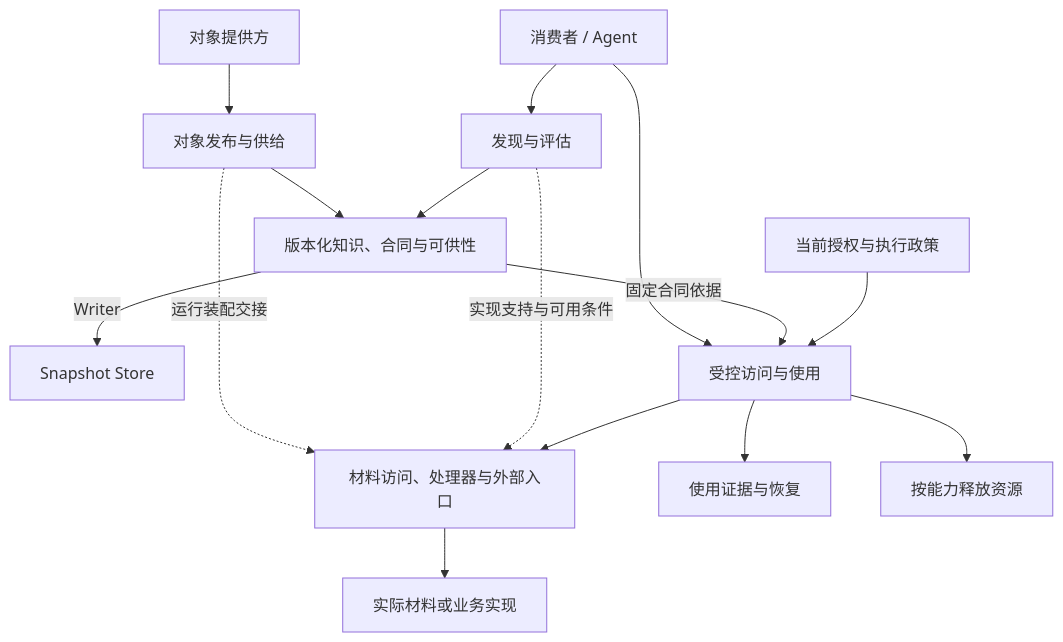
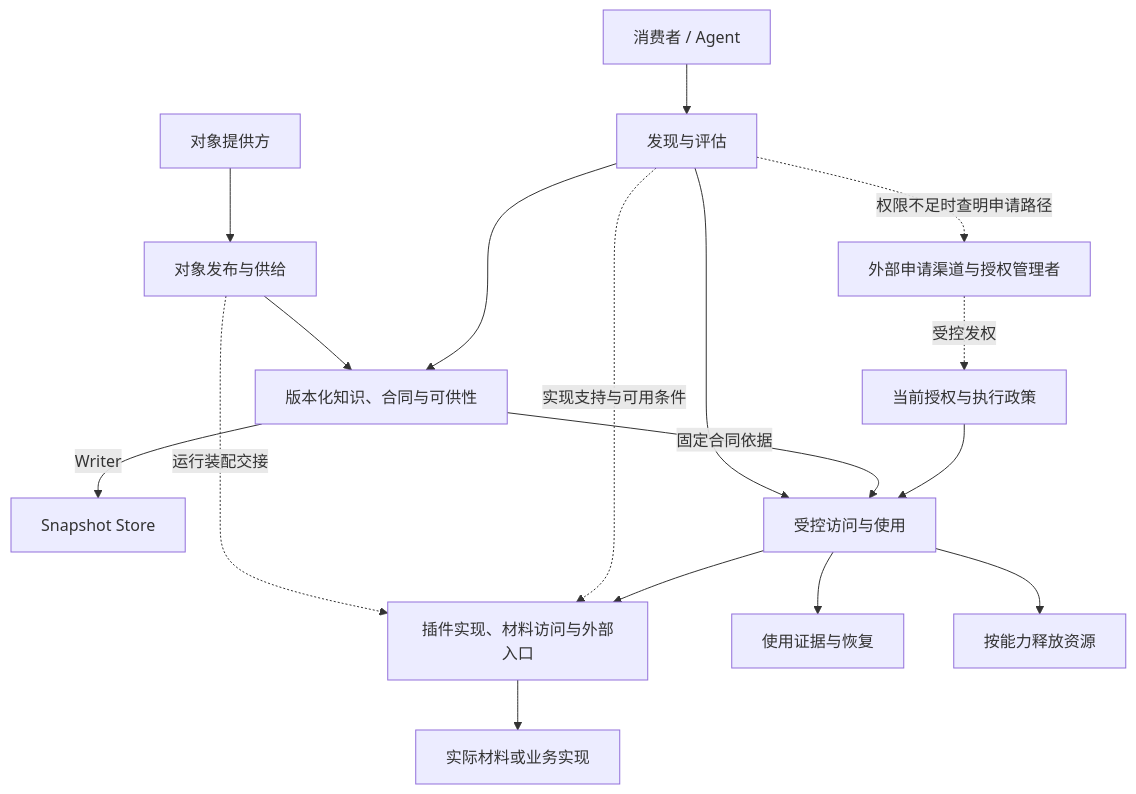
The second of 2 diagrams in docs/reviewed/object-system.md (AlexKaiqi/knowledge-catalog), drawn with Mermaid before and after one commit. The commit also changed other lines of this file and 1706 other files, not shown here.

````diff
--- a/docs/reviewed/object-system.md
+++ b/docs/reviewed/object-system.md
@@ -84,17 +107,19 @@
 ```mermaid
 flowchart TB
     P["对象提供方"] --> PUB["对象发布与供给"]
     PUB --> K["版本化知识、合同与可供性"]
-    PUB -.->|"运行装配交接"| H["材料访问、处理器与外部入口"]
+    PUB -.->|"运行装配交接"| H["插件实现、材料访问与外部入口"]
     K -->|"Writer"| S["Snapshot Store"]
     A["消费者 / Agent"] --> D["发现与评估"]
     D --> K
     D -.->|"实现支持与可用条件"| H
-    A --> U["受控访问与使用"]
+    D -.->|"权限不足时查明申请路径"| Q["外部申请渠道与授权管理者"]
+    Q -.->|"受控发权"| G["当前授权与执行政策"]
+    D --> U["受控访问与使用"]
     K -->|"固定合同依据"| U
-    G["当前授权与执行政策"] --> U
+    G --> U
     U --> H
     H --> O["实际材料或业务实现"]
     U --> E["使用证据与恢复"]
     U --> R["按能力释放资源"]
 ```
````
